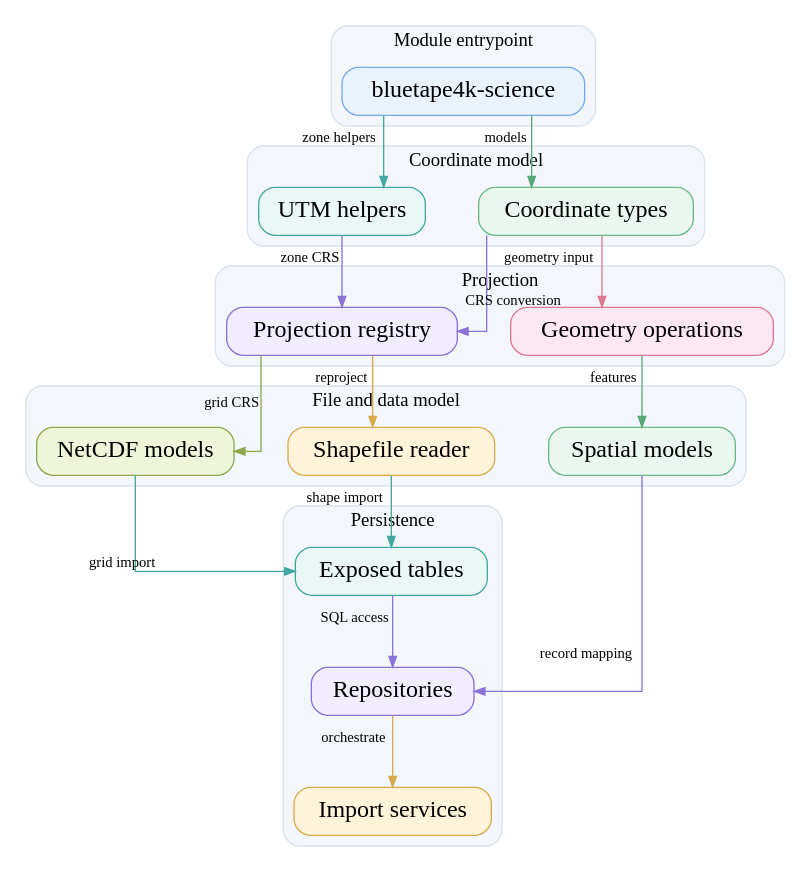
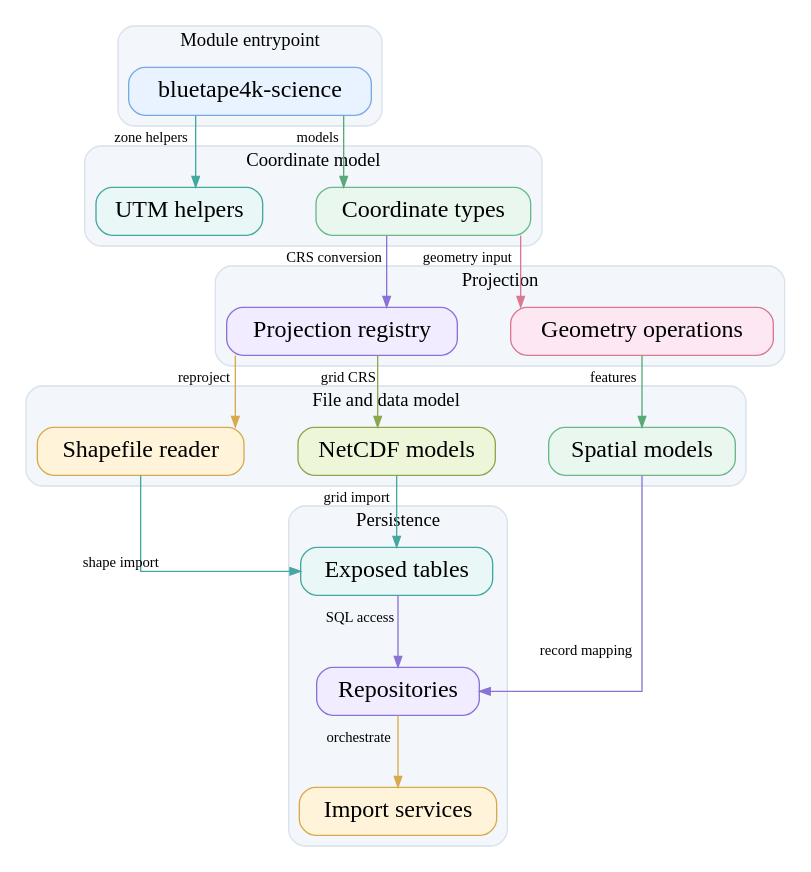
One commit to bluetape4k/bluetape4k-projects changed the diagram in docs/images/readme-diagrams/utils-science-diagram-01.dot. Above: the diagram before and after it, drawn with Graphviz. The commit also changed 1323 other files, not shown here.

First line of the commit message:
Refresh README diagram assets with reusable generators

```diff
--- a/docs/images/readme-diagrams/utils-science-diagram-01.dot
+++ b/docs/images/readme-diagrams/utils-science-diagram-01.dot
@@ -1,64 +1,63 @@
 digraph G {
   graph [rankdir=TB, bgcolor="white", splines=ortho, nodesep=0.55, ranksep=0.75];
   node [shape=box, style="rounded,filled", fontname="Architects Daughter", fontsize=18, color="#D7E2EC", fillcolor="#F7FAFC"];
   edge [fontname="Comic Mono", fontsize=11, color="#56708C", arrowsize=0.8];
   subgraph cluster_0 {
     label="Module entrypoint";
     color="#D7E2EC";
     style="rounded,filled";
     fillcolor="#F3F7FB";
     rank=same;
     "science" [label="bluetape4k-science", fillcolor="#E8F3FF", color="#75A9E8"];
   }
   subgraph cluster_1 {
     label="Coordinate model";
     color="#D7E2EC";
     style="rounded,filled";
     fillcolor="#F3F7FB";
     rank=same;
     "coords" [label="Coordinate types", fillcolor="#EAF7EF", color="#69B888"];
     "utm" [label="UTM helpers", fillcolor="#E9F7F6", color="#45A7A1"];
   }
   subgraph cluster_2 {
     label="Projection";
     color="#D7E2EC";
     style="rounded,filled";
     fillcolor="#F3F7FB";
     rank=same;
     "projection" [label="Projection registry", fillcolor="#F1ECFF", color="#8A72D6"];
     "geometry" [label="Geometry operations", fillcolor="#FCE7F3", color="#DB7890"];
   }
   subgraph cluster_3 {
     label="File and data model";
     color="#D7E2EC";
     style="rounded,filled";
     fillcolor="#F3F7FB";
     rank=same;
     "shapefile" [label="Shapefile reader", fillcolor="#FFF3D9", color="#D9AA4D"];
     "netcdf-model" [label="NetCDF models", fillcolor="#EEF6D9", color="#8BA84D"];
     "spatial-model" [label="Spatial models", fillcolor="#EAF7EF", color="#69B888"];
   }
   subgraph cluster_4 {
     label="Persistence";
     color="#D7E2EC";
     style="rounded,filled";
     fillcolor="#F3F7FB";
     rank=same;
     "tables" [label="Exposed tables", fillcolor="#E9F7F6", color="#45A7A1"];
     "repos" [label="Repositories", fillcolor="#F1ECFF", color="#8A72D6"];
     "services" [label="Import services", fillcolor="#FFF3D9", color="#D9AA4D"];
   }
   "science" -> "coords" [xlabel="models", color="#58A978"];
   "science" -> "utm" [xlabel="zone helpers", color="#45A7A1"];
   "coords" -> "projection" [xlabel="CRS conversion", color="#8A72D6"];
   "coords" -> "geometry" [xlabel="geometry input", color="#DB7890"];
-  "utm" -> "projection" [xlabel="zone CRS", color="#8A72D6"];
   "projection" -> "shapefile" [xlabel="reproject", color="#D9AA4D"];
   "geometry" -> "spatial-model" [xlabel="features", color="#58A978"];
   "projection" -> "netcdf-model" [xlabel="grid CRS", color="#8BA84D"];
   "shapefile" -> "tables" [xlabel="shape import", color="#45A7A1"];
   "netcdf-model" -> "tables" [xlabel="grid import", color="#45A7A1"];
   "spatial-model" -> "repos" [xlabel="record mapping", color="#8A72D6"];
   "tables" -> "repos" [xlabel="SQL access", color="#8A72D6"];
   "repos" -> "services" [xlabel="orchestrate", color="#D9AA4D"];
 }
```
